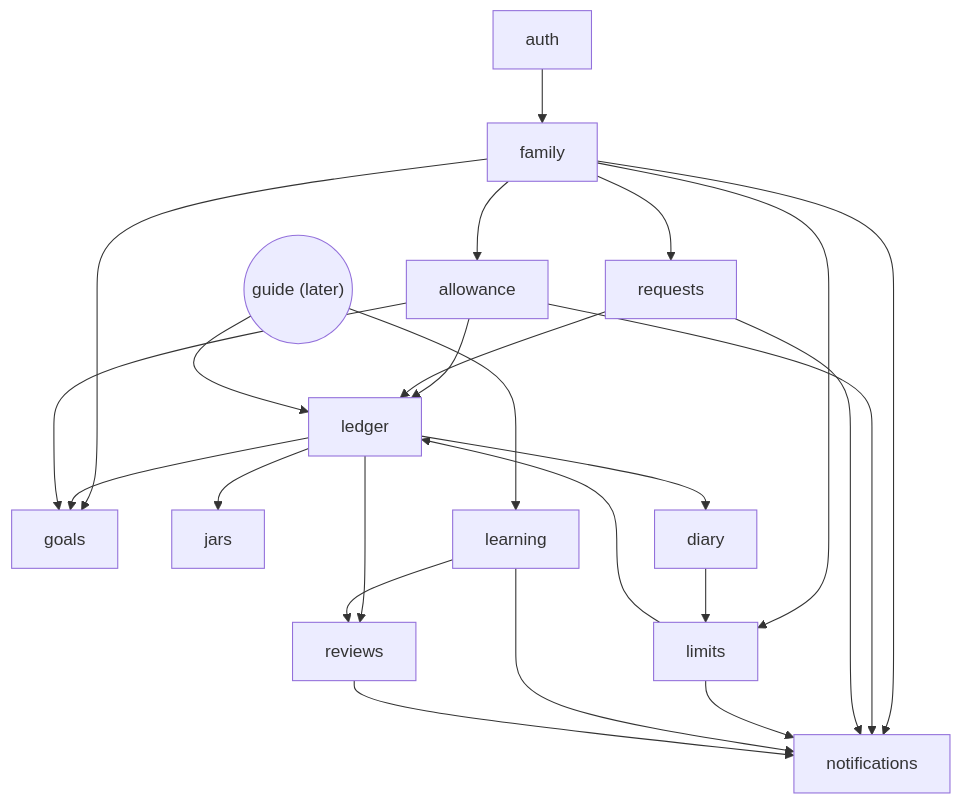
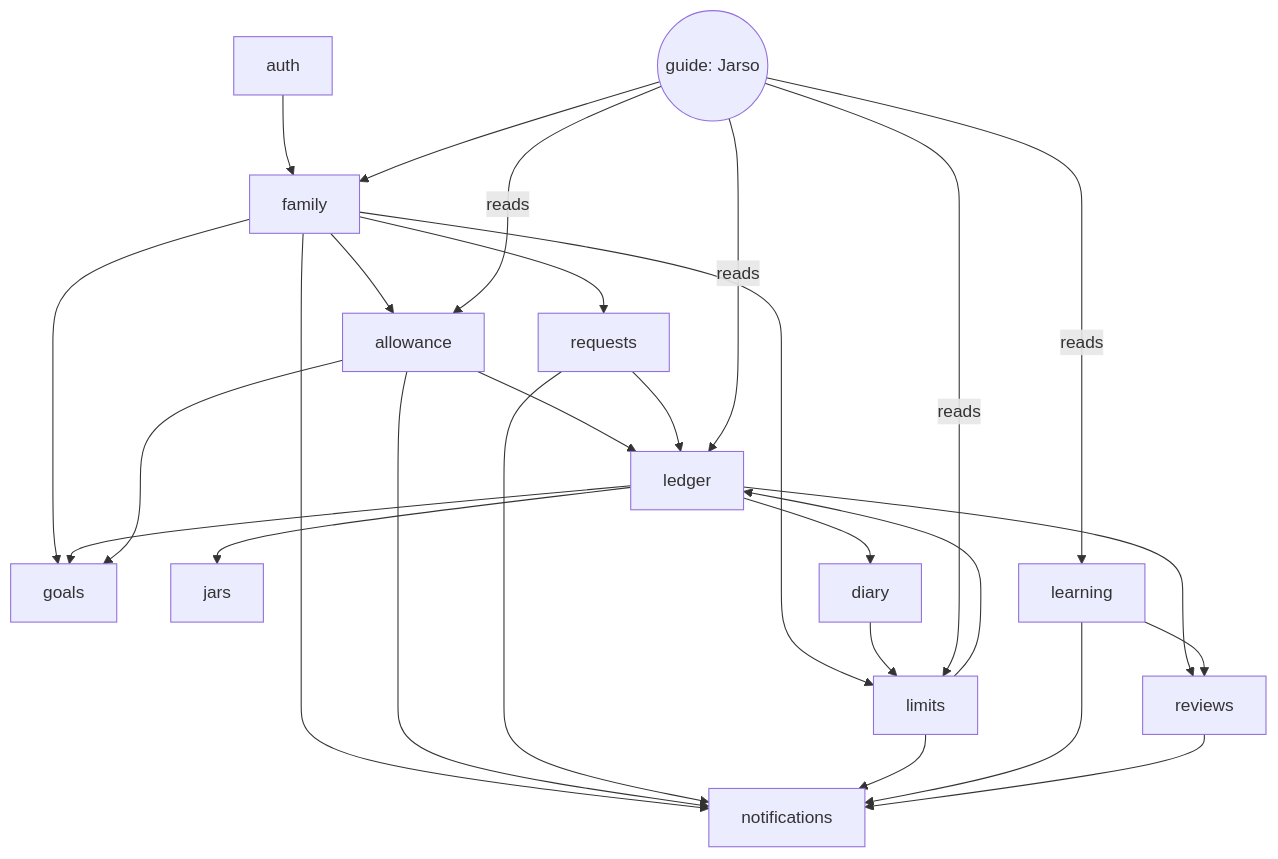
Before and after one commit to harisshakeel/Jarso: the second of 7 diagrams in docs/architecture.md, drawn with Mermaid. The commit also changed other lines of this file and 68 other files, not shown here.

First line of the commit message:
feat(guide): ask Jarso, an agent that reads the child's own data (#38)

````diff
--- a/docs/architecture.md
+++ b/docs/architecture.md
@@ -132,26 +132,29 @@
 ```mermaid
 flowchart TD
   auth --> family
   family --> allowance
   family --> requests
   family --> limits
   family --> goals
   family --> notifications
   ledger --> jars
   ledger --> diary
   ledger --> goals
   ledger --> reviews
   allowance --> ledger
   allowance --> notifications
   allowance --> goals
   requests --> ledger
   requests --> notifications
   limits --> ledger
   limits --> notifications
   diary --> limits
   learning --> reviews
   learning --> notifications
   reviews --> notifications
-  guide(("guide (later)")) --> learning
-  guide --> ledger
+  guide(("guide: Jarso")) -->|reads| learning
+  guide -->|reads| ledger
+  guide -->|reads| allowance
+  guide -->|reads| limits
+  guide --> family
 ```
````
